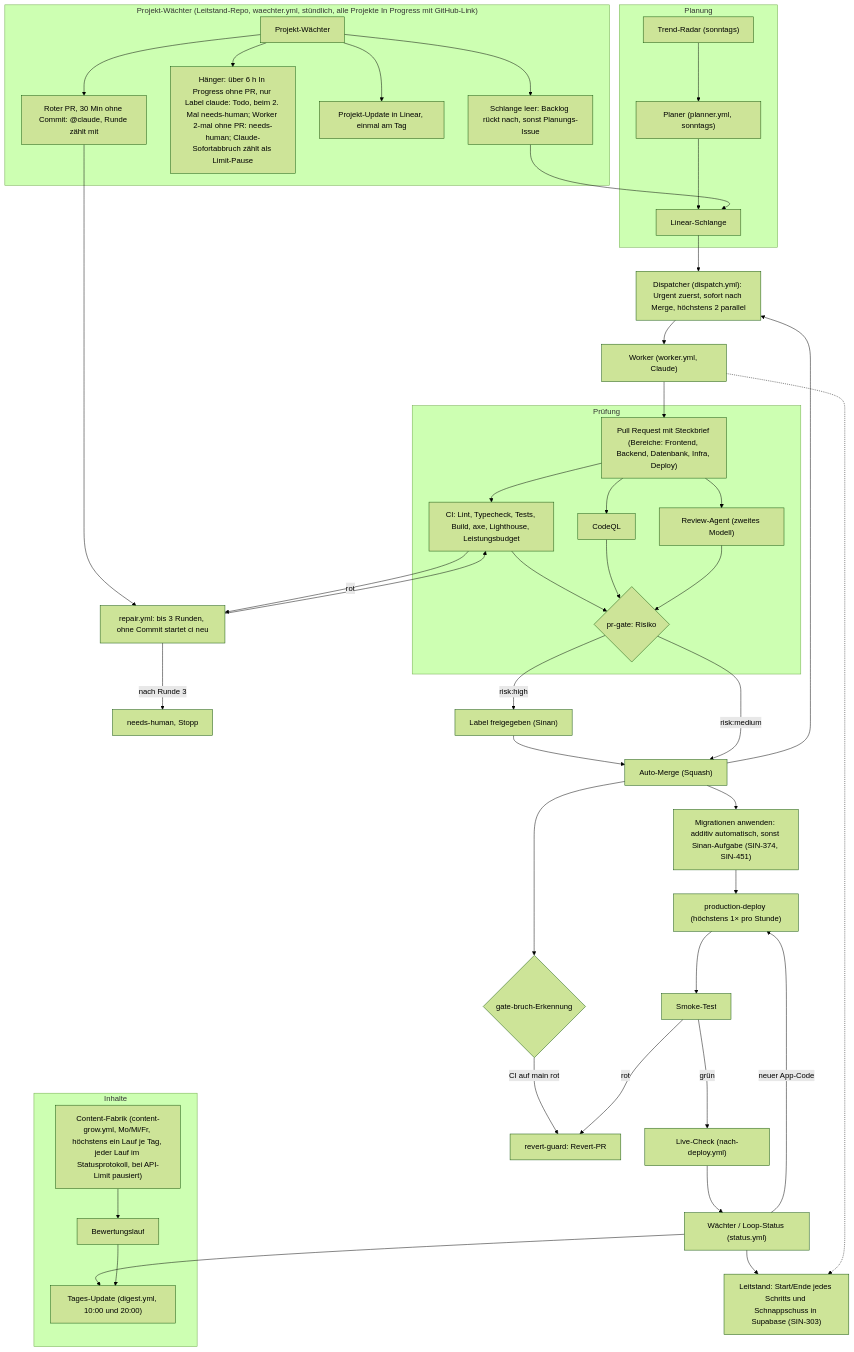
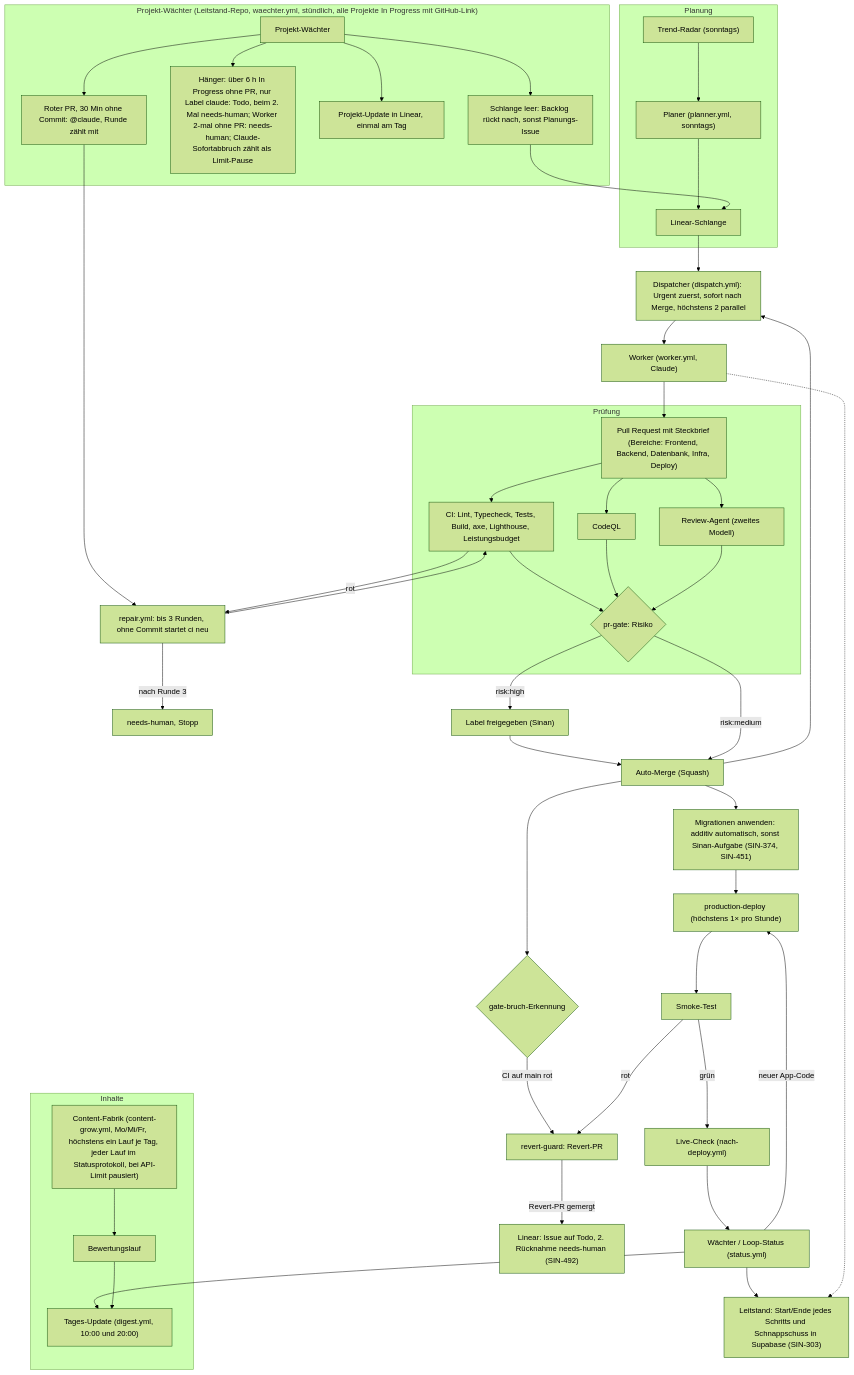
Before and after one commit to siinanXD/Content-Agent-Lernapp: the diagram in README.md, drawn with Mermaid (forest theme). The commit also changed 12 other files, not shown here.

First line of the commit message:
feat(autonomy): zurückgenommenes Issue in Linear wieder öffnen (SIN-492)

````diff
--- a/README.md
+++ b/README.md
@@ -72,51 +72,52 @@
 ```mermaid
 %% Pipeline-Ablauf des Loops, Stand main 09.10. (SIN-376). Quelle für das FigJam-Board „Pipeline-Ablauf“.
 %% Ändern sich .github/workflows/ oder scripts/autonomy/, diese Datei im selben PR anpassen.
 flowchart TD
   subgraph Planung
     Radar["Trend-Radar (sonntags)"] --> Planer
     Planer["Planer (planner.yml, sonntags)"] --> Schlange["Linear-Schlange"]
   end
   Schlange --> Dispatcher["Dispatcher (dispatch.yml): Urgent zuerst, sofort nach Merge, höchstens 2 parallel"]
   Dispatcher --> Worker["Worker (worker.yml, Claude)"]
   Worker --> PR["Pull Request mit Steckbrief (Bereiche: Frontend, Backend, Datenbank, Infra, Deploy)"]
   subgraph Prüfung
     PR --> CI["CI: Lint, Typecheck, Tests, Build, axe, Lighthouse, Leistungsbudget"]
     PR --> CodeQL["CodeQL"]
     PR --> Review["Review-Agent (zweites Modell)"]
     CI --> Gate{"pr-gate: Risiko"}
     CodeQL --> Gate
     Review --> Gate
   end
   CI -- rot --> Repair["repair.yml: bis 3 Runden, ohne Commit startet ci neu"]
   Repair --> CI
   Repair -- "nach Runde 3" --> Mensch["needs-human, Stopp"]
   Gate -- "risk:high" --> Freigabe["Label freigegeben (Sinan)"]
   Freigabe --> Merge
   Gate -- "risk:medium" --> Merge["Auto-Merge (Squash)"]
   Merge --> Dispatcher
   Merge --> Migr["Migrationen anwenden: additiv automatisch, sonst Sinan-Aufgabe (SIN-374, SIN-451)"]
   Merge --> Bruch{"gate-bruch-Erkennung"}
   Bruch -- "CI auf main rot" --> Revert["revert-guard: Revert-PR"]
+  Revert -- "Revert-PR gemergt" --> LinearTodo["Linear: Issue auf Todo, 2. Rücknahme needs-human (SIN-492)"]
   Migr --> Deploy["production-deploy (höchstens 1× pro Stunde)"]
   Deploy --> Smoke["Smoke-Test"]
   Smoke -- rot --> Revert
   Smoke -- grün --> Live["Live-Check (nach-deploy.yml)"]
   Live --> Waechter["Wächter / Loop-Status (status.yml)"]
   Waechter -- "neuer App-Code" --> Deploy
   Waechter --> Update["Tages-Update (digest.yml, 10:00 und 20:00)"]
   Waechter --> Leitstand["Leitstand: Start/Ende jedes Schritts und Schnappschuss in Supabase (SIN-303)"]
   Worker -.-> Leitstand
   subgraph Projektwaechter["Projekt-Wächter (Leitstand-Repo, waechter.yml, stündlich, alle Projekte In Progress mit GitHub-Link)"]
     PW["Projekt-Wächter"] --> PWS["Schlange leer: Backlog rückt nach, sonst Planungs-Issue"]
     PW --> PWH["Hänger: über 6 h In Progress ohne PR, nur Label claude: Todo, beim 2. Mal needs-human; Worker 2-mal ohne PR: needs-human; Claude-Sofortabbruch zählt als Limit-Pause"]
     PW --> PWU["Projekt-Update in Linear, einmal am Tag"]
     PW --> PWR["Roter PR, 30 Min ohne Commit: @claude, Runde zählt mit"]
   end
   PWS --> Schlange
   PWR --> Repair
   subgraph Inhalte
     Fabrik["Content-Fabrik (content-grow.yml, Mo/Mi/Fr, höchstens ein Lauf je Tag, jeder Lauf im Statusprotokoll, bei API-Limit pausiert)"] --> Bewertung["Bewertungslauf"]
     Bewertung --> Update
   end
 ```
````
